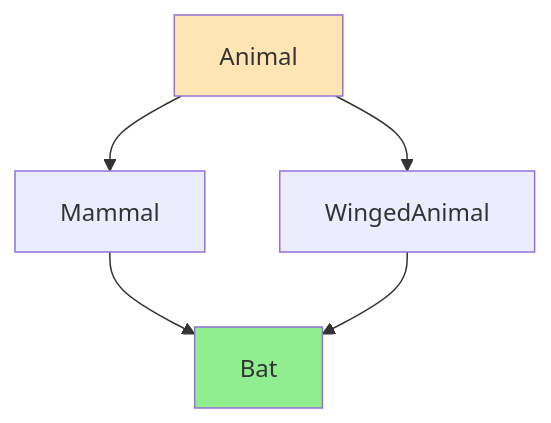
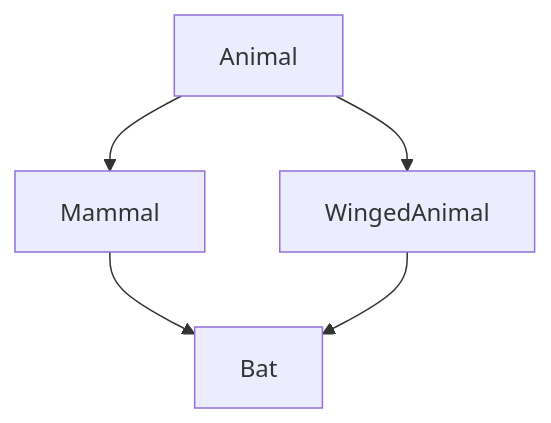
The diagram in docs/programming/cpp/07-classes-and-oop/multiple-inheritance.md (AndriiSonsiadlo/knowledge-base), drawn with Mermaid before and after one commit. The commit also changed 8 other files, not shown here.

Commit message:
style (C++): theme-agnostic diagrams in memory, pointers and OOP docs

````diff
--- a/docs/programming/cpp/07-classes-and-oop/multiple-inheritance.md
+++ b/docs/programming/cpp/07-classes-and-oop/multiple-inheritance.md
@@ -151,10 +151,8 @@
 ```mermaid
 graph TD
     A[Animal] --> B[Mammal]
     A --> C[WingedAnimal]
     B --> D[Bat]
     C --> D
     
-    style A fill:#FFE5B4
-    style D fill:#90EE90
 ```
````
